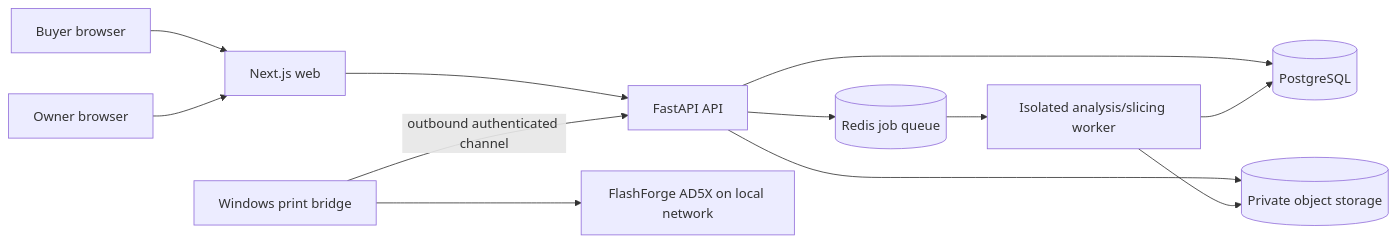
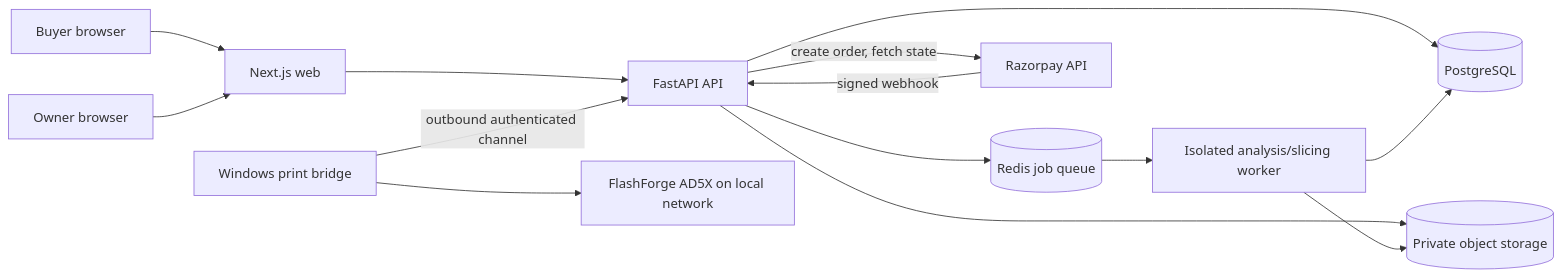
One commit to pransh-py/3D-PRINTER-AUTOMATION changed the diagram in docs/ARCHITECTURE.md. Above: the diagram before and after it, drawn with Mermaid. The commit also changed other lines of this file and 148 other files, not shown here.

````diff
--- a/docs/ARCHITECTURE.md
+++ b/docs/ARCHITECTURE.md
@@ -9,14 +27,16 @@
 ```mermaid
 flowchart LR
     B[Buyer browser] --> W[Next.js web]
     O[Owner browser] --> W
     W --> A[FastAPI API]
     A --> P[(PostgreSQL)]
     A --> R[(Redis job queue)]
     A --> S[(Private object storage)]
+    A -->|create order, fetch state| Y[Razorpay API]
+    Y -->|signed webhook| A
     R --> X[Isolated analysis/slicing worker]
     X --> S
     X --> P
     L[Windows print bridge] -->|outbound authenticated channel| A
     L --> F[FlashForge AD5X on local network]
 ```
````
